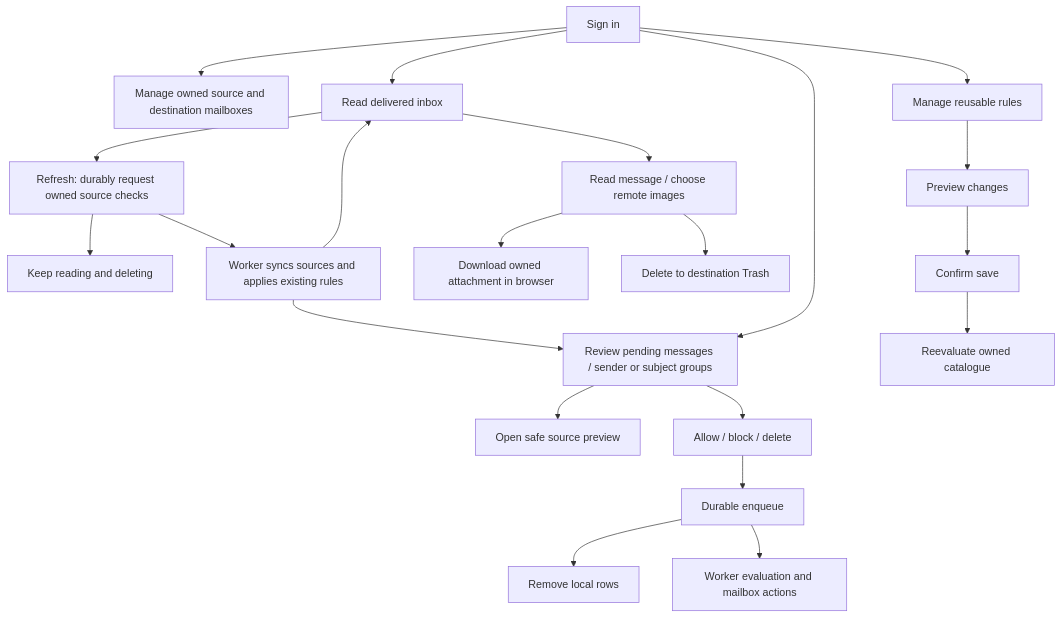
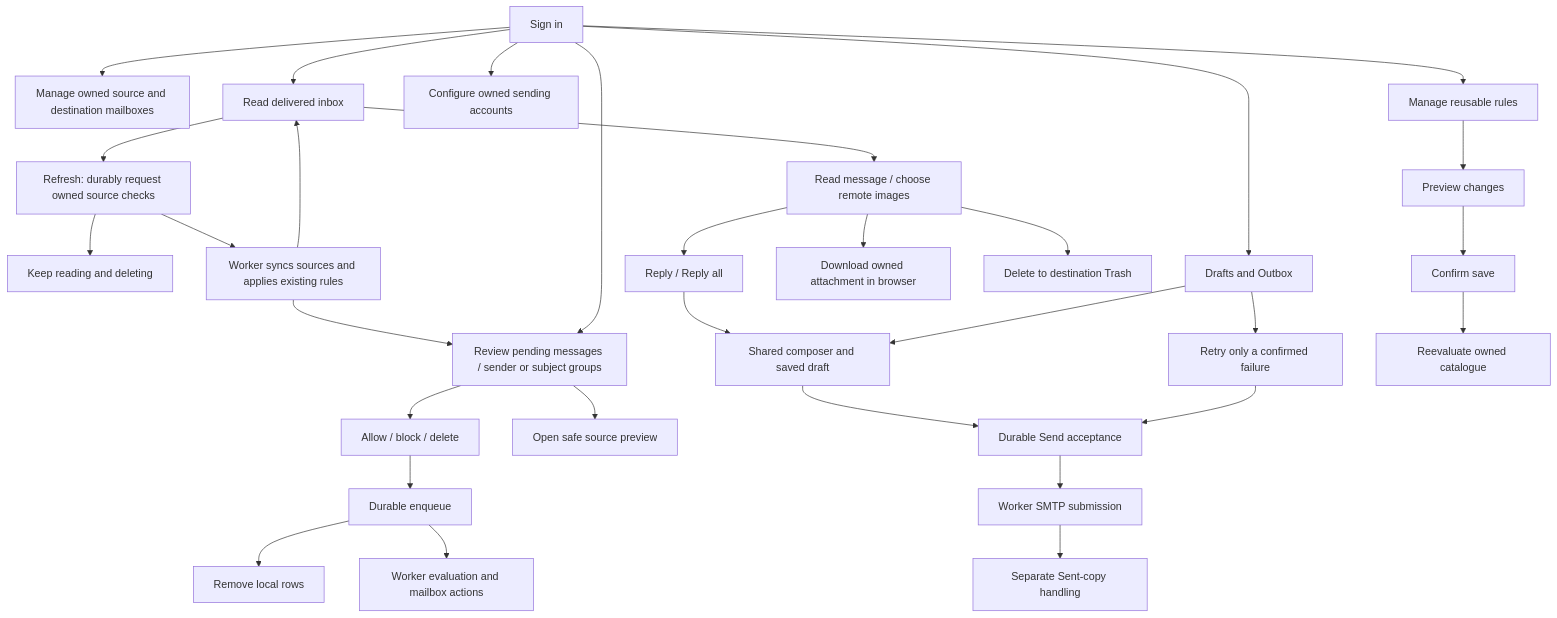
The second of 3 diagrams in README.md (clintonfrankland/mail-winnow), drawn with Mermaid before and after one commit. The commit also changed other lines of this file and 40 other files, not shown here.

Commit message:
Add reusable reply composer and durable SMTP outbox; fix mailbox edit dialogs

````diff
--- a/README.md
+++ b/README.md
@@ -203,23 +227,33 @@
 ```mermaid
 flowchart TD
     SignIn[Sign in] --> Mailboxes[Manage owned source and destination mailboxes]
     SignIn --> Inbox[Read delivered inbox]
     Inbox --> Refresh[Refresh: durably request owned source checks]
     Refresh --> Continue[Keep reading and deleting]
     Refresh --> Background[Worker syncs sources and applies existing rules]
     Background --> Inbox
     Background --> Review
     Inbox --> Read[Read message / choose remote images]
+    Read --> Reply[Reply / Reply all]
+    Reply --> Draft[Shared composer and saved draft]
+    Draft --> Outbox[Durable Send acceptance]
+    SignIn --> Saved[Drafts and Outbox]
+    Saved --> Draft
+    Saved --> RetrySend[Retry only a confirmed failure]
+    RetrySend --> Outbox
+    Outbox --> SMTP[Worker SMTP submission]
+    SMTP --> Sent[Separate Sent-copy handling]
+    SignIn --> Sending[Configure owned sending accounts]
     Read --> Download[Download owned attachment in browser]
     Read --> Trash[Delete to destination Trash]
     SignIn --> Review[Review pending messages / sender or subject groups]
     Review --> Preview[Open safe source preview]
     Review --> Decision[Allow / block / delete]
     Decision --> Accepted[Durable enqueue]
     Accepted --> Removed[Remove local rows]
     Accepted --> Processing[Worker evaluation and mailbox actions]
     SignIn --> Rules[Manage reusable rules]
     Rules --> Impact[Preview changes]
     Impact --> Confirm[Confirm save]
     Confirm --> Evaluation[Reevaluate owned catalogue]
 ```
````
